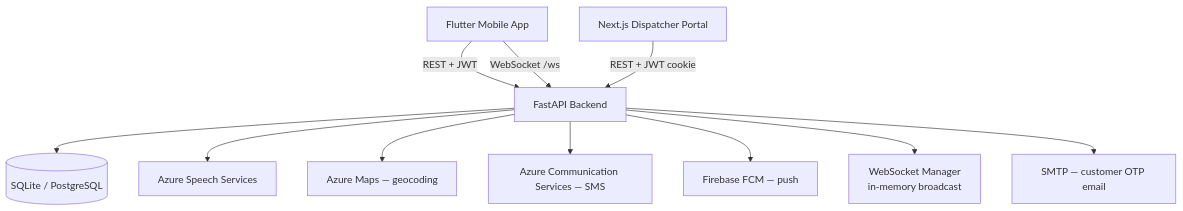
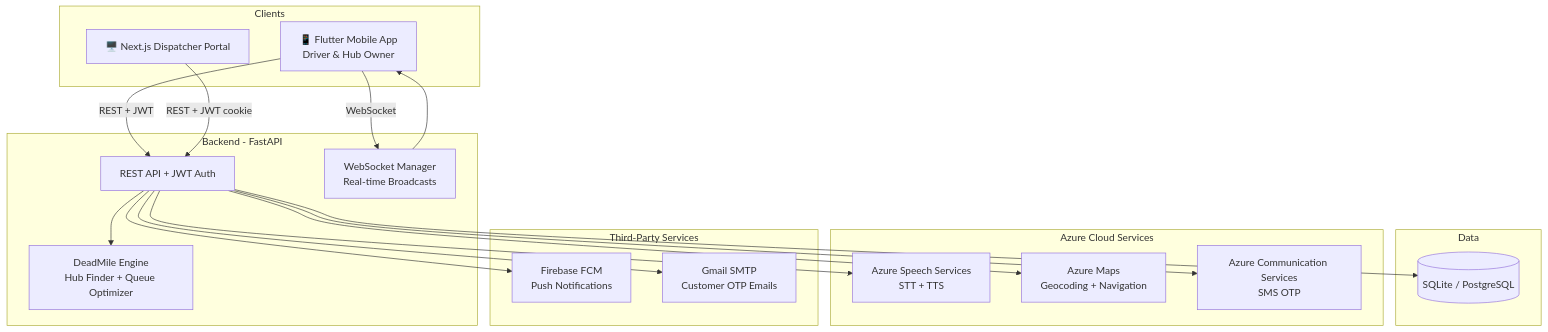
Before and after one commit to Rahul-14507/NearDrop: the diagram in README.md, drawn with Mermaid. The commit also changed other lines of this file and 2 other files, not shown here.

Commit message:
Backend CORS Fix & Dynamic App Configuration

````diff
--- a/README.md
+++ b/README.md
@@ -279,13 +26,40 @@
 ```mermaid
 graph TD
-    A[Flutter Mobile App] -->|REST + JWT| B[FastAPI Backend]
-    A -->|WebSocket /ws| B
-    I[Next.js Dispatcher Portal] -->|REST + JWT cookie| B
-    B --> C[(SQLite / PostgreSQL)]
-    B --> D[Azure Speech Services]
-    B --> E[Azure Maps — geocoding]
-    B --> F[Azure Communication Services — SMS]
-    B --> G[Firebase FCM — push]
-    B --> H[WebSocket Manager\nin-memory broadcast]
-    B --> J[SMTP — customer OTP email]
+    subgraph "Clients"
+        A[📱 Flutter Mobile App<br/>Driver & Hub Owner]
+        I[🖥️ Next.js Dispatcher Portal]
+    end
+
+    subgraph "Backend - FastAPI"
+        B[REST API + JWT Auth]
+        H[WebSocket Manager<br/>Real-time Broadcasts]
+        Q[DeadMile Engine<br/>Hub Finder + Queue Optimizer]
+    end
+
+    subgraph "Data"
+        C[(SQLite / PostgreSQL)]
+    end
+
+    subgraph "Azure Cloud Services"
+        D[Azure Speech Services<br/>STT + TTS]
+        E[Azure Maps<br/>Geocoding + Navigation]
+        F[Azure Communication Services<br/>SMS OTP]
+    end
+
+    subgraph "Third-Party Services"
+        G[Firebase FCM<br/>Push Notifications]
+        J[Gmail SMTP<br/>Customer OTP Emails]
+    end
+
+    A -->|REST + JWT| B
+    A -->|WebSocket| H
+    I -->|REST + JWT cookie| B
+    B --> C
+    B --> Q
+    B --> D
+    B --> E
+    B --> F
+    B --> G
+    B --> J
+    H --> A
 ```
````
